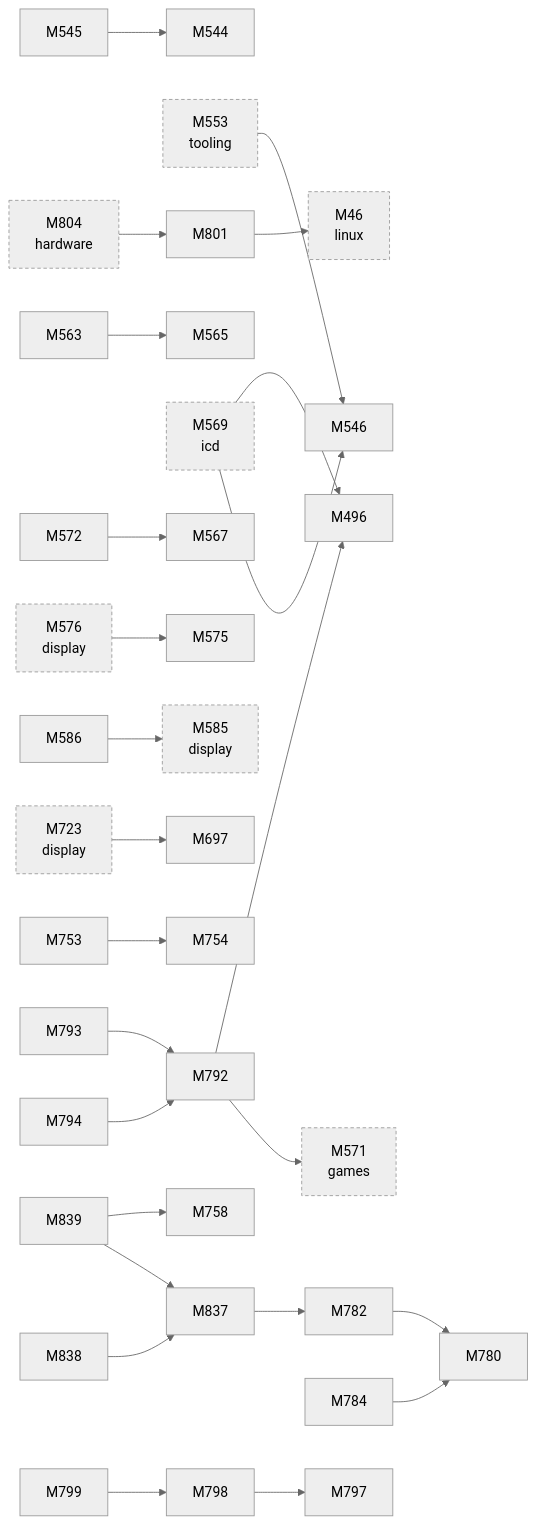
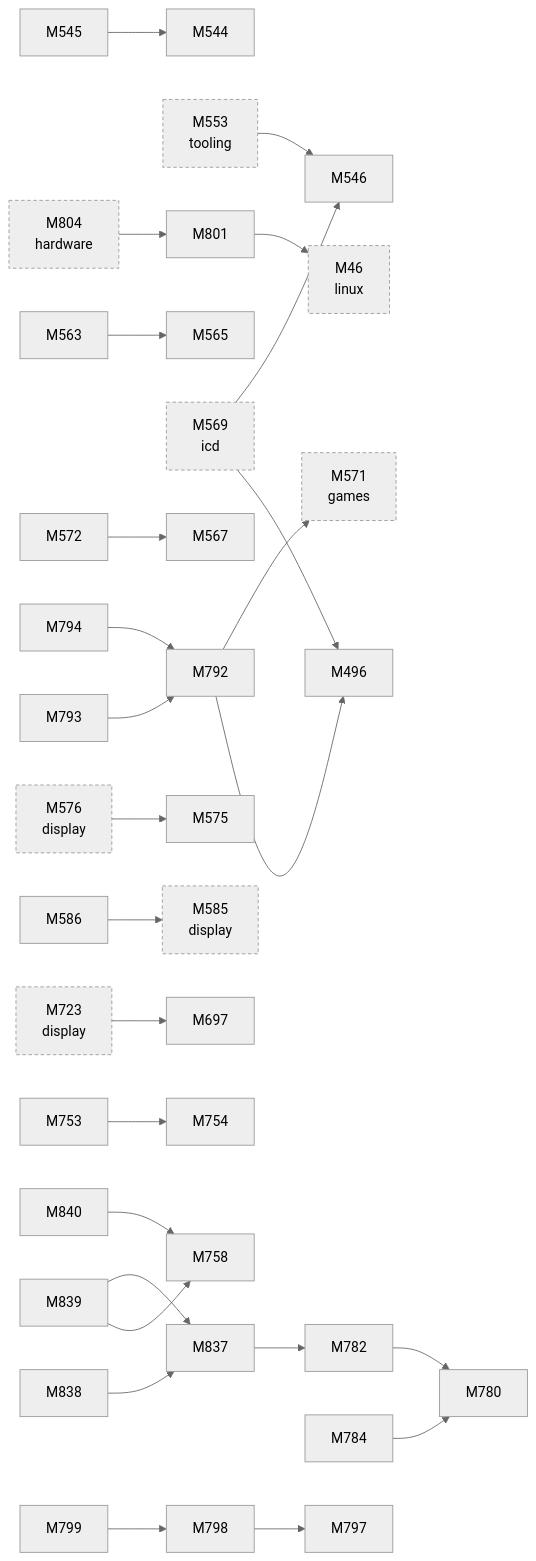
Before and after one commit to D-Ogi/amdgpu-wddm: the second of 2 diagrams in docs/facts/graphs/d3d.md, drawn with Mermaid (neutral theme). The commit also changed 11 other files, not shown here.

````diff
--- a/docs/facts/graphs/d3d.md
+++ b/docs/facts/graphs/d3d.md
@@ -25,64 +25,66 @@
 ```mermaid
 flowchart LR
   M46["M46<br/>linux"]
   M496["M496"]
   M544["M544"]
   M545["M545"]
   M546["M546"]
   M553["M553<br/>tooling"]
   M563["M563"]
   M565["M565"]
   M567["M567"]
   M569["M569<br/>icd"]
   M571["M571<br/>games"]
   M572["M572"]
   M575["M575"]
   M576["M576<br/>display"]
   M585["M585<br/>display"]
   M586["M586"]
   M697["M697"]
   M723["M723<br/>display"]
   M753["M753"]
   M754["M754"]
   M758["M758"]
   M780["M780"]
   M782["M782"]
   M784["M784"]
   M792["M792"]
   M793["M793"]
   M794["M794"]
   M797["M797"]
   M798["M798"]
   M799["M799"]
   M801["M801"]
   M804["M804<br/>hardware"]
   M837["M837"]
   M838["M838"]
   M839["M839"]
+  M840["M840"]
   M804 --> M801
   M576 --> M575
   M723 --> M697
   M569 --> M496
   M569 --> M546
   M545 --> M544
   M563 --> M565
   M572 --> M567
   M586 --> M585
   M753 --> M754
   M782 --> M780
   M784 --> M780
   M792 --> M496
   M792 --> M571
   M793 --> M792
   M794 --> M792
   M798 --> M797
   M799 --> M798
   M801 --> M46
   M837 --> M782
   M838 --> M837
   M839 --> M758
   M839 --> M837
+  M840 --> M758
   M553 --> M546
   classDef other stroke-dasharray:4 3
   class M46,M553,M569,M571,M576,M585,M723,M804 other
 ```
````
